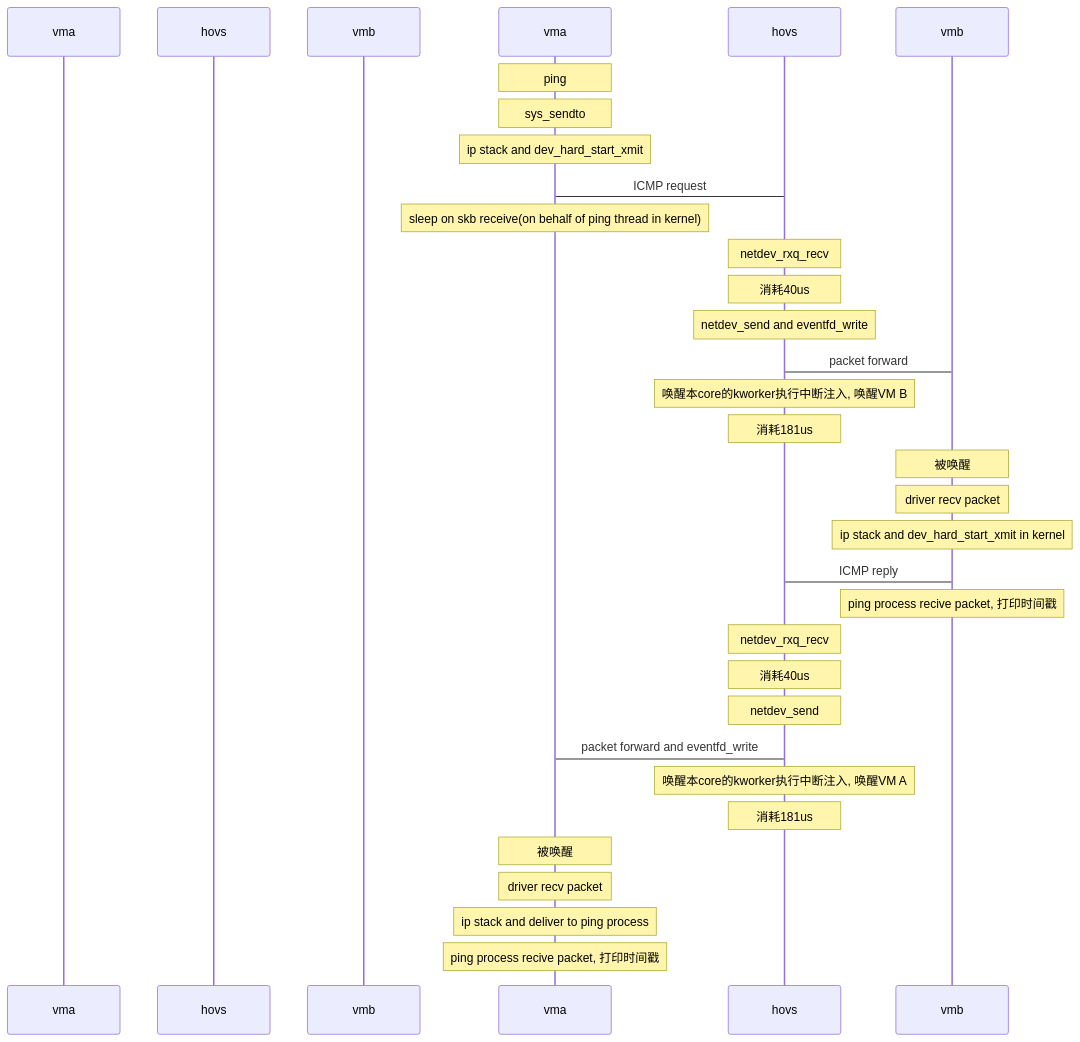
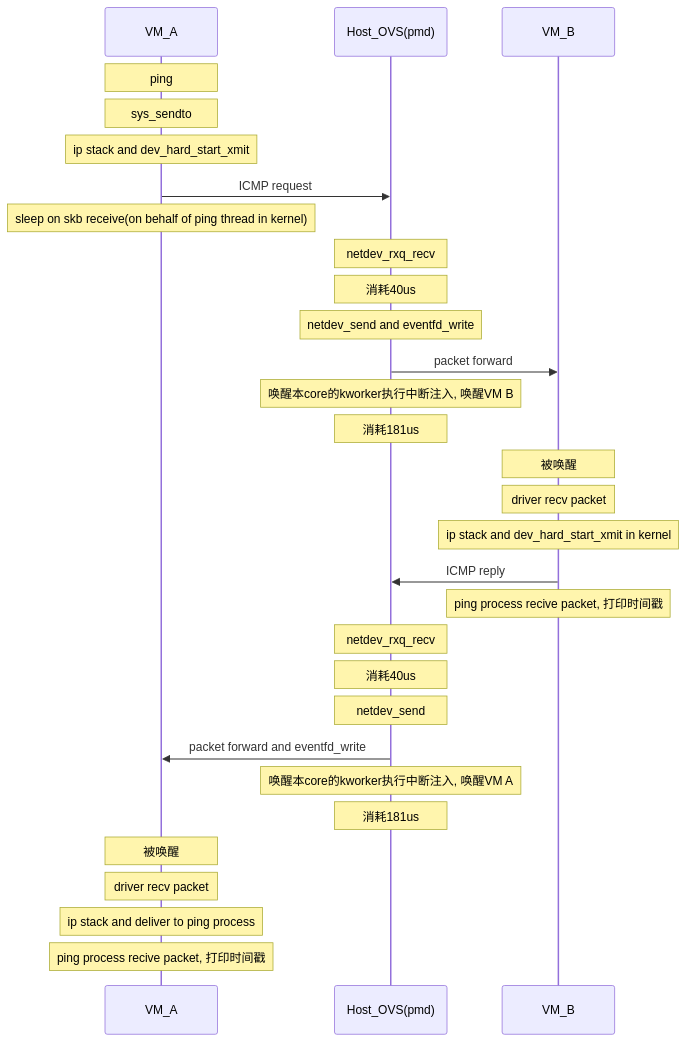
Before and after one commit to Bai-Yingjie/Bai-Yingjie.github.io: the diagram in notes/profiling_调试和分析记录2.md, drawn with Mermaid.

Commit message:
use mermaid sequence diagram

````diff
--- a/notes/profiling_调试和分析记录2.md
+++ b/notes/profiling_调试和分析记录2.md
@@ -517,34 +517,34 @@
 ```mermaid
 sequenceDiagram
 
-participant VM_A as vma
-participant Host_OVS(pmd) as hovs
-participant VM_B as vmb
+participant vma as VM_A
+participant hovs as Host_OVS(pmd)
+participant vmb as VM_B
 
 Note Over vma: ping
 Note Over vma: sys_sendto
 Note Over vma: ip stack and dev_hard_start_xmit
-vma -> hovs: ICMP request
+vma ->> hovs: ICMP request
 Note Over vma: sleep on skb receive(on behalf of ping thread in kernel)
 Note Over hovs: netdev_rxq_recv
 Note Over hovs: 消耗40us
 Note Over hovs: netdev_send and eventfd_write
-hovs -> vmb: packet forward
+hovs ->> vmb: packet forward
 Note Over hovs: 唤醒本core的kworker执行中断注入, 唤醒VM B
 Note Over hovs: 消耗181us
 Note Over vmb: 被唤醒
 Note Over vmb: driver recv packet
 Note Over vmb: ip stack and dev_hard_start_xmit in kernel
-vmb -> hovs: ICMP reply
+vmb ->> hovs: ICMP reply
 Note Over vmb: ping process recive packet, 打印时间戳
 Note Over hovs: netdev_rxq_recv
 Note Over hovs: 消耗40us
 Note Over hovs: netdev_send
-hovs -> vma: packet forward and eventfd_write
+hovs ->> vma: packet forward and eventfd_write
 Note Over hovs: 唤醒本core的kworker执行中断注入, 唤醒VM A
 Note Over hovs: 消耗181us
 Note Over vma: 被唤醒
 Note Over vma: driver recv packet
 Note Over vma: ip stack and deliver to ping process
 Note Over vma: ping process recive packet, 打印时间戳
 ```
````
